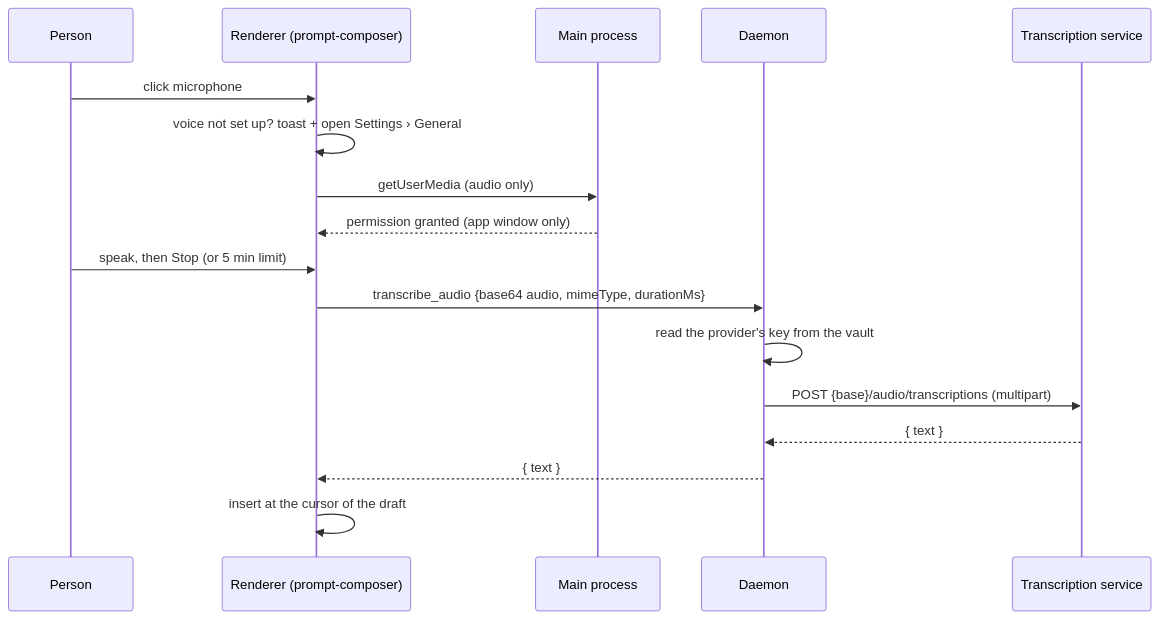
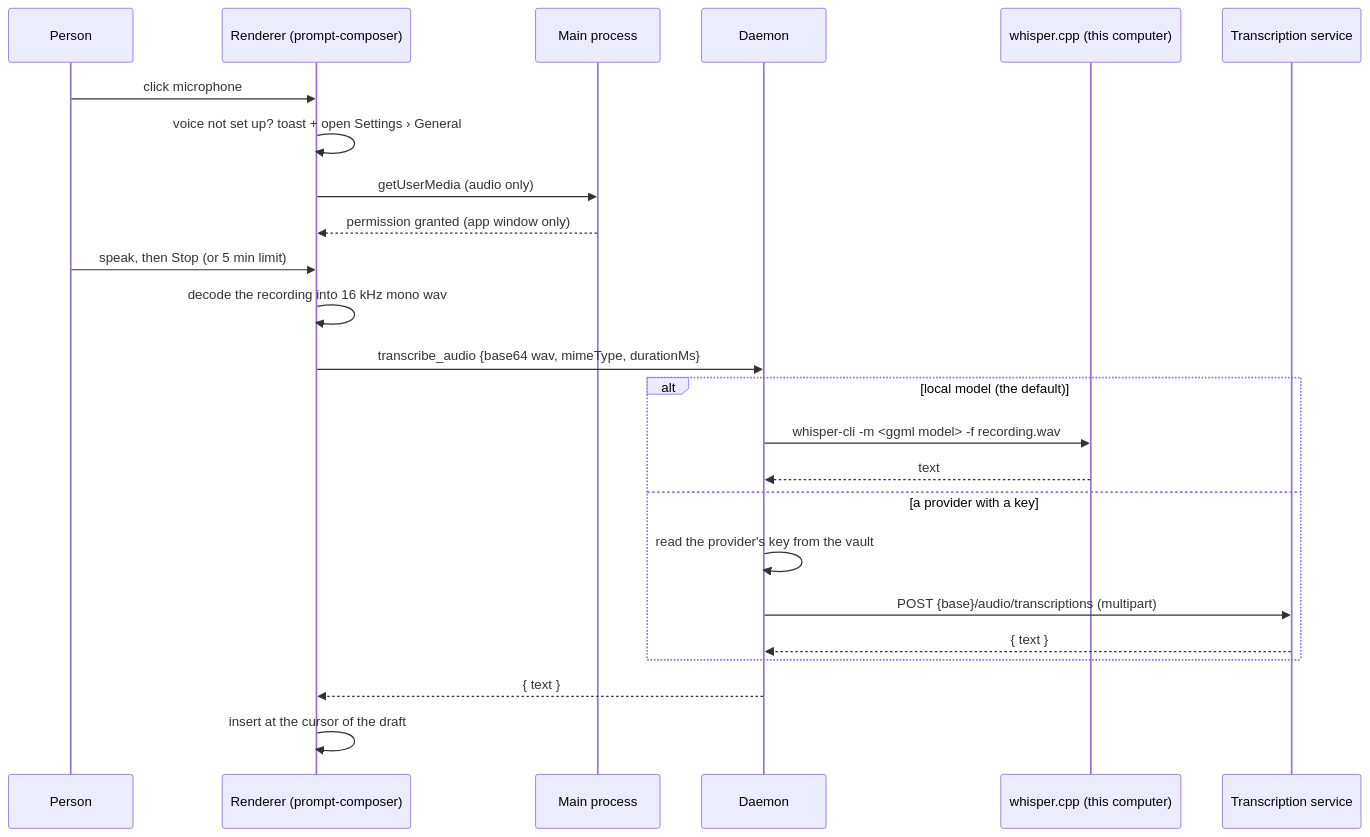
Before and after one commit to pp-techs/pp-agent: the diagram in docs/project-pdr/use-case-voice-input.md, drawn with Mermaid. The commit also changed other lines of this file and 37 other files, not shown here.

First line of the commit message:
feat(desktop): local voice model, scoped memory, and web search on its own settings page (#22)

````diff
--- a/docs/project-pdr/use-case-voice-input.md
+++ b/docs/project-pdr/use-case-voice-input.md
@@ -9,19 +9,26 @@
 ```mermaid
 sequenceDiagram
   participant U as Person
   participant R as Renderer (prompt-composer)
   participant M as Main process
   participant A as Daemon
+  participant L as whisper.cpp (this computer)
   participant S as Transcription service
   U->>R: click microphone
   R->>R: voice not set up? toast + open Settings › General
   R->>M: getUserMedia (audio only)
   M-->>R: permission granted (app window only)
   U->>R: speak, then Stop (or 5 min limit)
-  R->>A: transcribe_audio {base64 audio, mimeType, durationMs}
-  A->>A: read the provider's key from the vault
-  A->>S: POST {base}/audio/transcriptions (multipart)
-  S-->>A: { text }
+  R->>R: decode the recording into 16 kHz mono wav
+  R->>A: transcribe_audio {base64 wav, mimeType, durationMs}
+  alt local model (the default)
+    A->>L: whisper-cli -m <ggml model> -f recording.wav
+    L-->>A: text
+  else a provider with a key
+    A->>A: read the provider's key from the vault
+    A->>S: POST {base}/audio/transcriptions (multipart)
+    S-->>A: { text }
+  end
   A-->>R: { text }
   R->>R: insert at the cursor of the draft
 ```
````
